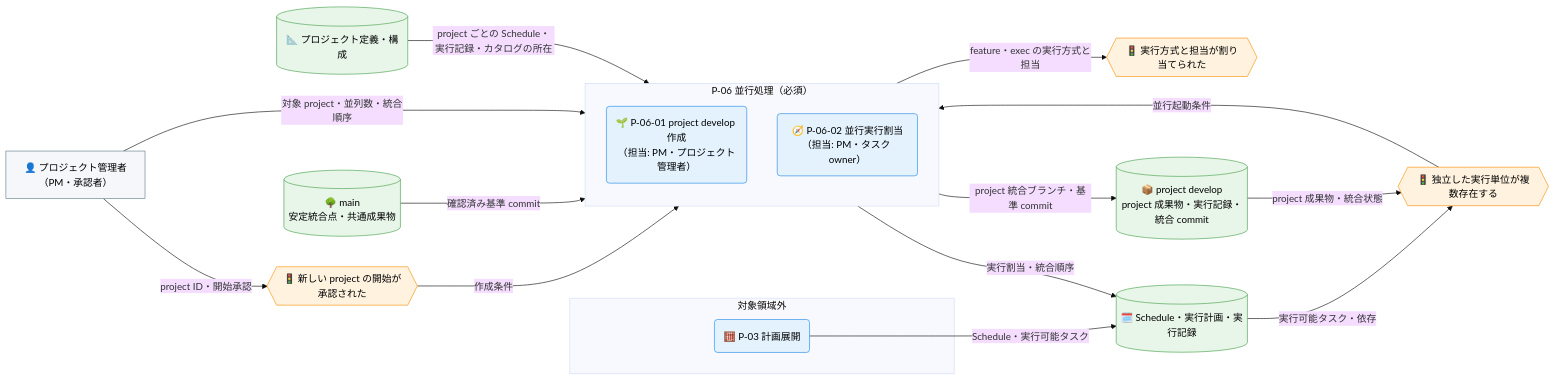
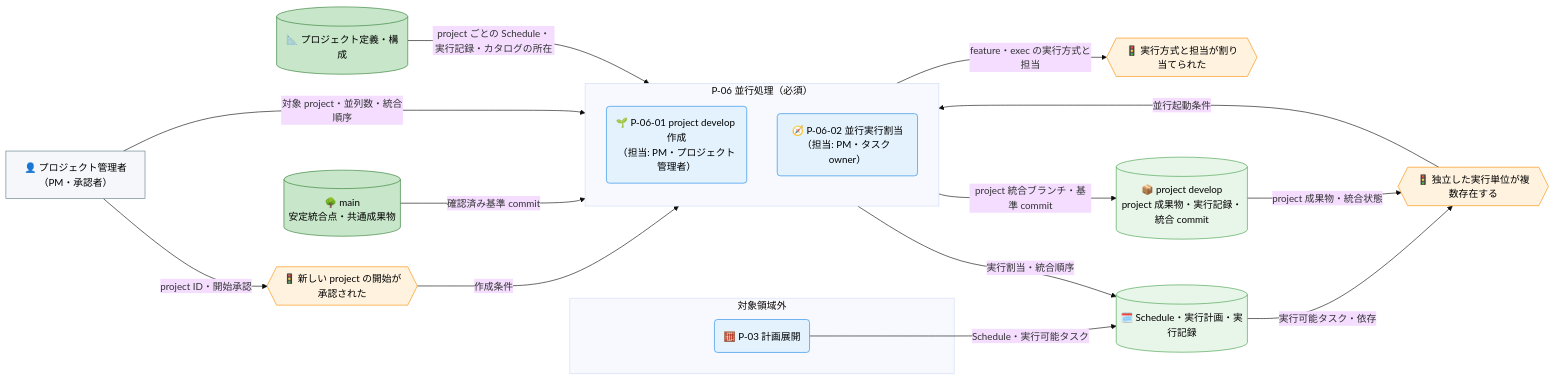
Before and after one commit to specdojo/specdojo: the first of 4 diagrams in docs/ja/product/010-business-specs/010-data-flow/cdfd-multi-project.md, drawn with Mermaid (base theme). The commit also changed other lines of this file and 6 other files, not shown here.

````diff
--- a/docs/ja/product/010-business-specs/010-data-flow/cdfd-multi-project.md
+++ b/docs/ja/product/010-business-specs/010-data-flow/cdfd-multi-project.md
@@ -57,47 +57,49 @@
 ```mermaid
 flowchart LR
   classDef process fill:#e3f2fd,stroke:#1e88e5,color:#000
   classDef event fill:#fff3e0,stroke:#fb8c00,color:#000
-  classDef store fill:#e8f5e9,stroke:#43a047,color:#000
+  classDef storeMaster fill:#c8e6c9,stroke:#2e7d32,color:#000
+  classDef storeTransaction fill:#e8f5e9,stroke:#43a047,color:#000
   classDef actor fill:#f5f7fa,stroke:#607d8b,color:#000
 
   プロジェクト管理者["👤 プロジェクト管理者<br>（PM・承認者）"]
 
   project開始{{"🚦 新しい project の開始が承認された"}}
   並行実行可能{{"🚦 独立した実行単位が複数存在する"}}
   割当確定{{"🚦 実行方式と担当が割り当てられた"}}
 
   subgraph 並行処理必須["P-06 並行処理（必須）"]
     direction TB
     projectDevelop作成("🌱 P-06-01 project develop 作成<br>（担当: PM・プロジェクト管理者）")
     並行実行割当("🧭 P-06-02 並行実行割当<br>（担当: PM・タスク owner）")
   end
 
   main[("🌳 main<br>安定統合点・共通成果物")]
   projectDevelop[("📦 project develop<br>project 成果物・実行記録・統合 commit")]
   project構成[("📐 プロジェクト定義・構成")]
   実行計画記録[("🗓️ Schedule・実行計画・実行記録")]
 
   subgraph 領域外必須["対象領域外"]
     計画展開("🧮 P-03 計画展開")
   end
 
   プロジェクト管理者 -->|"project ID・開始承認"| project開始
   project開始 -->|"作成条件"| projectDevelop作成
   main -->|"確認済み基準 commit"| projectDevelop作成
   projectDevelop作成 -->|"project 統合ブランチ・基準 commit"| projectDevelop
 
   計画展開 -->|"Schedule・実行可能タスク"| 実行計画記録
   実行計画記録 -->|"実行可能タスク・依存"| 並行実行可能
   projectDevelop -->|"project 成果物・統合状態"| 並行実行可能
   並行実行可能 -->|"並行起動条件"| 並行実行割当
   プロジェクト管理者 -->|"対象 project・並列数・統合順序"| 並行実行割当
   project構成 -->|"project ごとの Schedule・実行記録・カタログの所在"| 並行実行割当
   並行実行割当 -->|"実行割当・統合順序"| 実行計画記録
   並行実行割当 -->|"feature・exec の実行方式と担当"| 割当確定
 
   class projectDevelop作成,並行実行割当,計画展開 process
   class project開始,並行実行可能,割当確定 event
-  class main,projectDevelop,project構成,実行計画記録 store
+  class main,project構成 storeMaster
+  class projectDevelop,実行計画記録 storeTransaction
   class プロジェクト管理者 actor
 ```
````
